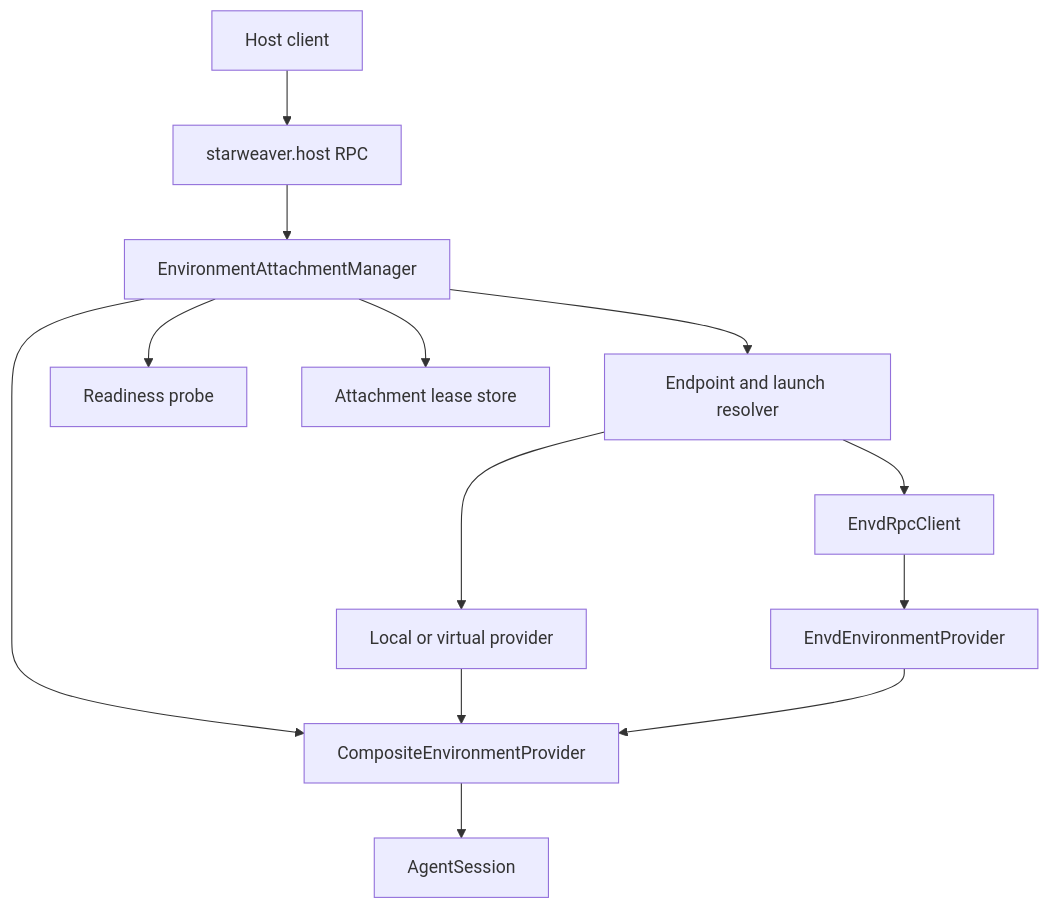
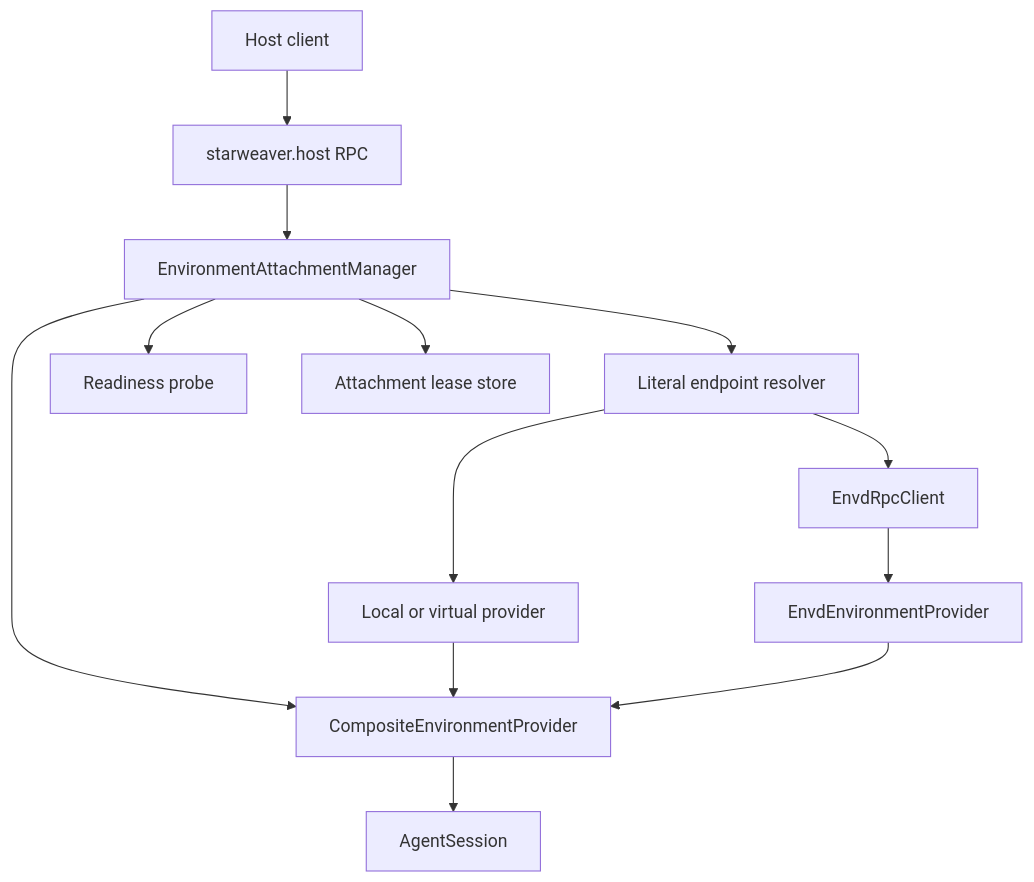
Before and after one commit to Wh1isper/starweaver: the second of 4 diagrams in spec/ops/06-json-rpc-host-protocol.md, drawn with Mermaid. The commit also changed other lines of this file and 27 other files, not shown here.

````diff
--- a/spec/ops/06-json-rpc-host-protocol.md
+++ b/spec/ops/06-json-rpc-host-protocol.md
@@ -870,27 +886,27 @@
 ```mermaid
 flowchart TD
     client[Host client]
     rpc[starweaver.host RPC]
     manager[EnvironmentAttachmentManager]
-    registry[Endpoint and launch resolver]
+    registry[Literal endpoint resolver]
     probe[Readiness probe]
     lease_store[Attachment lease store]
     envd_client[EnvdRpcClient]
     local_provider[Local or virtual provider]
     envd_provider[EnvdEnvironmentProvider]
     composite[CompositeEnvironmentProvider]
     runtime[AgentSession]
 
     client --> rpc
     rpc --> manager
     manager --> registry
     manager --> probe
     manager --> lease_store
     registry --> envd_client
     registry --> local_provider
     envd_client --> envd_provider
     manager --> composite
     local_provider --> composite
     envd_provider --> composite
     composite --> runtime
 ```
````
